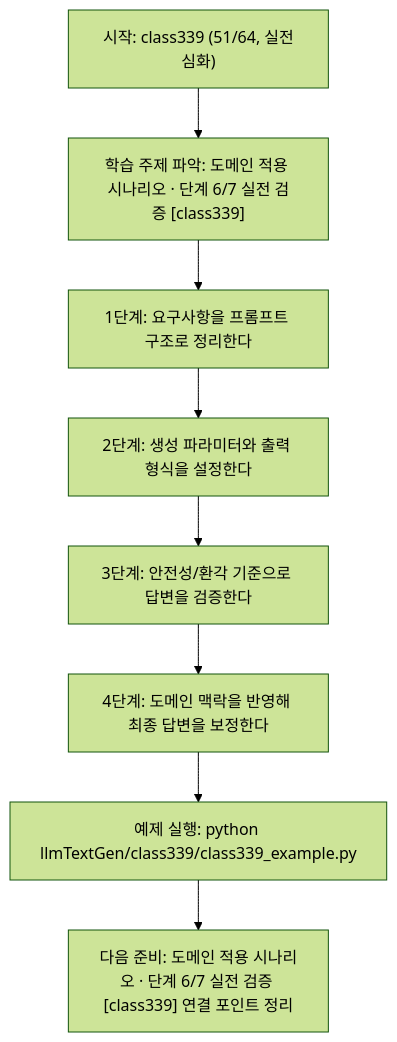
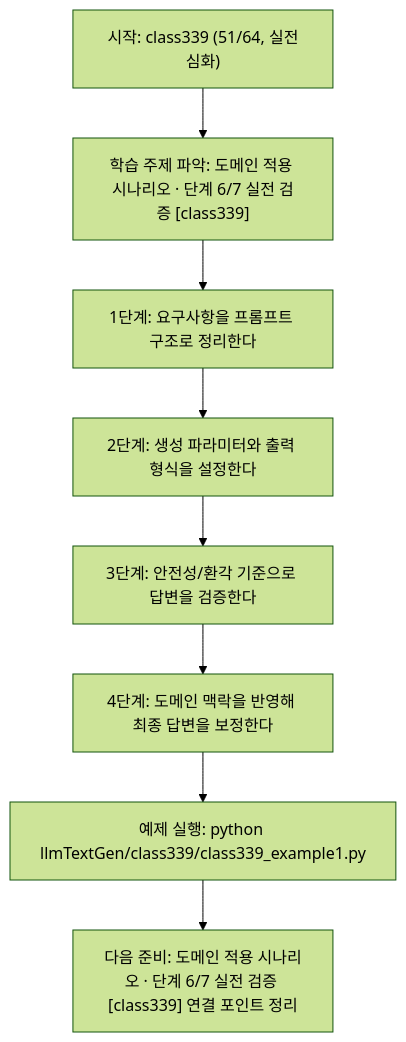
The diagram in llmTextGen/class339/class339.md (edumgt/Python-AI_Agent-Class), drawn with Mermaid (forest theme) before and after one commit. The commit also changed other lines of this file and 2959 other files, not shown here.

````diff
--- a/llmTextGen/class339/class339.md
+++ b/llmTextGen/class339/class339.md
@@ -114,18 +114,18 @@
 ```mermaid
 flowchart TD
 N1["시작: class339 (51/64, 실전심화)"]
 N2["학습 주제 파악: 도메인 적용 시나리오 · 단계 6/7 실전 검증 [class339]"]
 N3["1단계: 요구사항을 프롬프트 구조로 정리한다"]
 N4["2단계: 생성 파라미터와 출력 형식을 설정한다"]
 N5["3단계: 안전성/환각 기준으로 답변을 검증한다"]
 N6["4단계: 도메인 맥락을 반영해 최종 답변을 보정한다"]
-N7["예제 실행: python llmTextGen/class339/class339_example.py"]
+N7["예제 실행: python llmTextGen/class339/class339_example1.py"]
 N8["다음 준비: 도메인 적용 시나리오 · 단계 6/7 실전 검증 [class339] 연결 포인트 정리"]
 N1 --> N2
 N2 --> N3
 N3 --> N4
 N4 --> N5
 N5 --> N6
 N6 --> N7
 N7 --> N8
 ```
````
